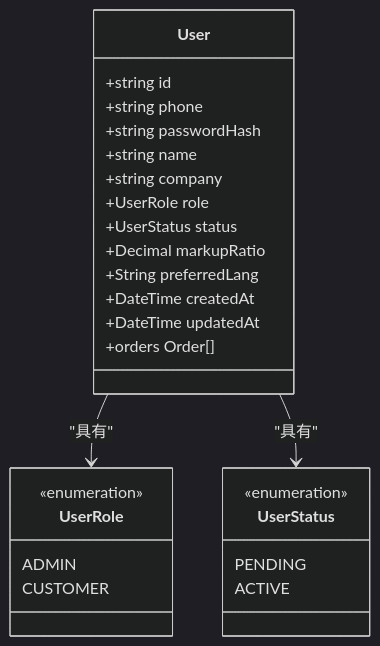
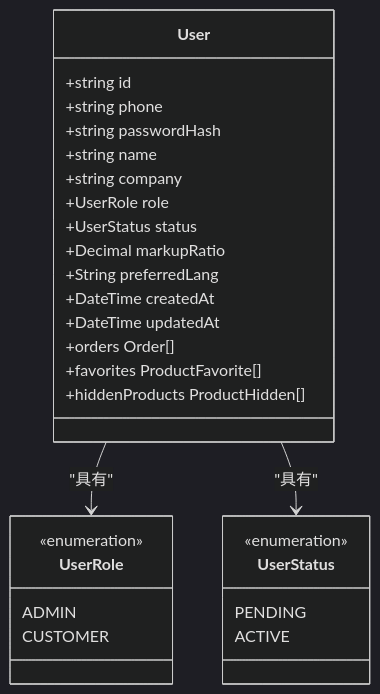
One commit to three3638-arch/celestia_2b changed the third of 11 diagrams in .qoder/repowiki/zh/content/架构设计/数据架构设计.md. Above: the diagram before and after it, drawn with Mermaid (dark theme). The commit also changed other lines of this file and 17 other files, not shown here.

````diff
--- a/.qoder/repowiki/zh/content/架构设计/数据架构设计.md
+++ b/.qoder/repowiki/zh/content/架构设计/数据架构设计.md
@@ -220,29 +263,31 @@
 ```mermaid
 classDiagram
 class User {
 +string id
 +string phone
 +string passwordHash
 +string name
 +string company
 +UserRole role
 +UserStatus status
 +Decimal markupRatio
 +String preferredLang
 +DateTime createdAt
 +DateTime updatedAt
 +orders Order[]
++favorites ProductFavorite[]
++hiddenProducts ProductHidden[]
 }
 class UserRole {
 <<enumeration>>
 ADMIN
 CUSTOMER
 }
 class UserStatus {
 <<enumeration>>
 PENDING
 ACTIVE
 }
 User --> UserRole : "具有"
 User --> UserStatus : "具有"
 ```
````
